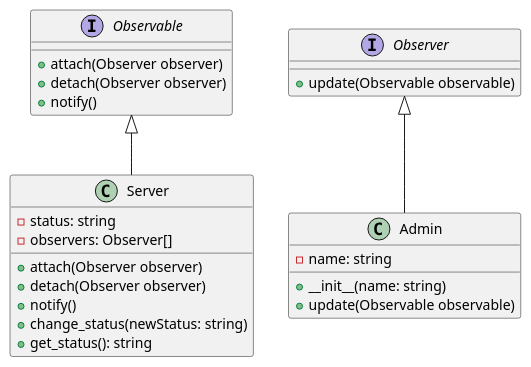
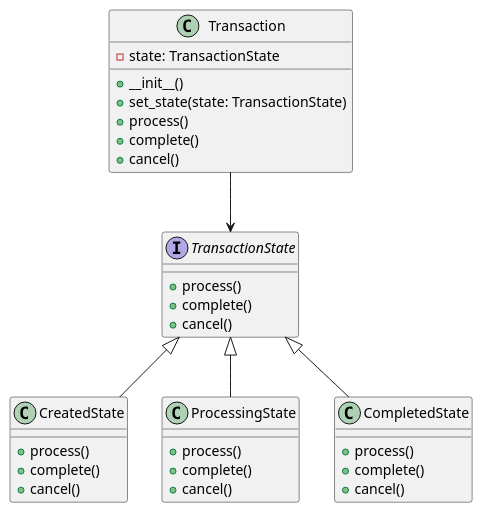
One commit to andrewovchinnikov/design-patterns changed the diagram in klassifikaciya-patternov/povedencheskie-patterny-behavioral-patterns/sostoyanie-state/primery/obrabotka-sostoyanii-tranzakcii-v-bankovskoi-sisteme/python.md. Above: the diagram before and after it, drawn with PlantUML. The commit also changed other lines of this file and 24 other files, not shown here.

````diff
--- a/klassifikaciya-patternov/povedencheskie-patterny-behavioral-patterns/sostoyanie-state/primery/obrabotka-sostoyanii-tranzakcii-v-bankovskoi-sisteme/python.md
+++ b/klassifikaciya-patternov/povedencheskie-patterny-behavioral-patterns/sostoyanie-state/primery/obrabotka-sostoyanii-tranzakcii-v-bankovskoi-sisteme/python.md
@@ -116,34 +118,41 @@
 ```plantuml
 @startuml
-
-interface Observable {
-    +attach(Observer observer)
-    +detach(Observer observer)
-    +notify()
+interface TransactionState {
+    +process()
+    +complete()
+    +cancel()
 }
 
-interface Observer {
-    +update(Observable observable)
+class CreatedState {
+    +process()
+    +complete()
+    +cancel()
 }
 
-class Server {
-    -status: string
-    -observers: Observer[]
-    +attach(Observer observer)
-    +detach(Observer observer)
-    +notify()
-    +change_status(newStatus: string)
-    +get_status(): string
+class ProcessingState {
+    +process()
+    +complete()
+    +cancel()
 }
 
-class Admin {
-    -name: string
-    +__init__(name: string)
-    +update(Observable observable)
+class CompletedState {
+    +process()
+    +complete()
+    +cancel()
 }
 
-Observable <|-- Server
-Observer <|-- Admin
+class Transaction {
+    -state: TransactionState
+    +__init__()
+    +set_state(state: TransactionState)
+    +process()
+    +complete()
+    +cancel()
+}
 
+TransactionState <|-- CreatedState
+TransactionState <|-- ProcessingState
+TransactionState <|-- CompletedState
+Transaction --> TransactionState
 @enduml
 ```
````
